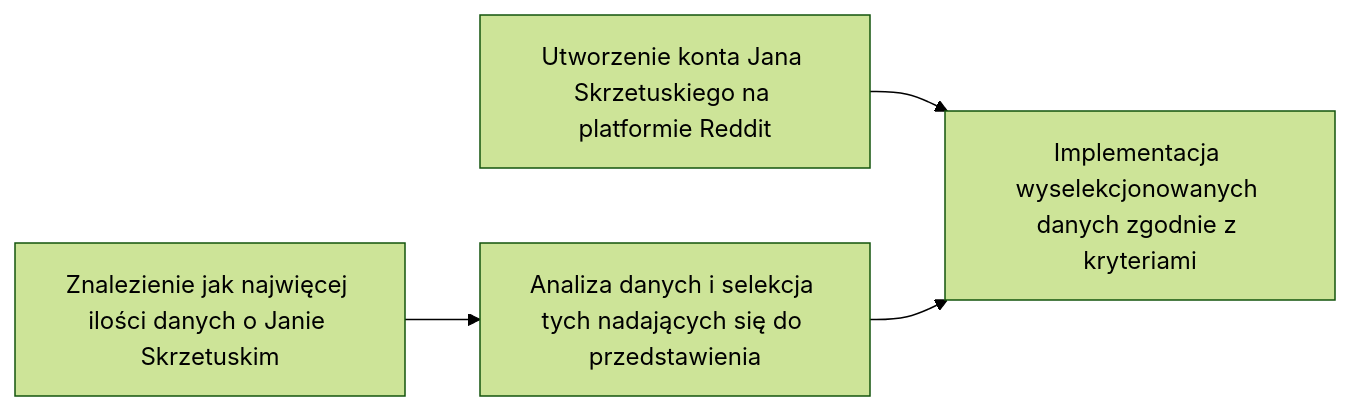
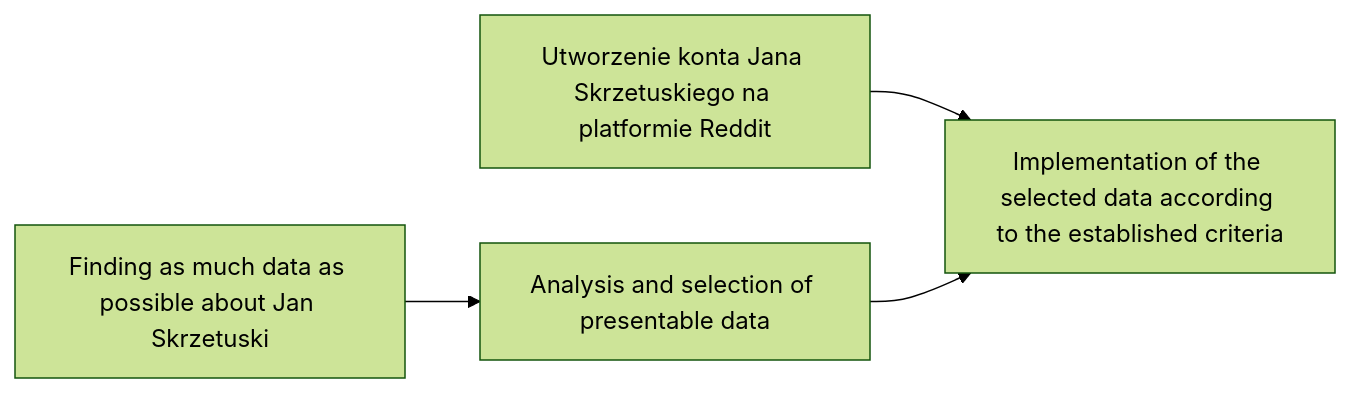
The diagram in README.md (n-kodem/Jan-Skrzetuski_Twitter), drawn with Mermaid (forest theme) before and after one commit.

Commit message:
readme update

````diff
--- a/README.md
+++ b/README.md
@@ -25,6 +25,6 @@
 ```mermaid
 graph LR
-    A1[Znalezienie jak najwięcej ilości danych o Janie Skrzetuskim] --> B[Analiza danych i selekcja tych nadających się do przedstawienia]
-    A2[Utworzenie konta Jana Skrzetuskiego na platformie Reddit] --> C[Implementacja wyselekcjonowanych danych zgodnie z kryteriami]
+    A1[Finding as much data as possible about Jan Skrzetuski] --> B[Analysis and selection of presentable data]
+    A2[Utworzenie konta Jana Skrzetuskiego na platformie Reddit] --> C[Implementation of the selected data according to the established criteria]
     B --> C
 ```
````
